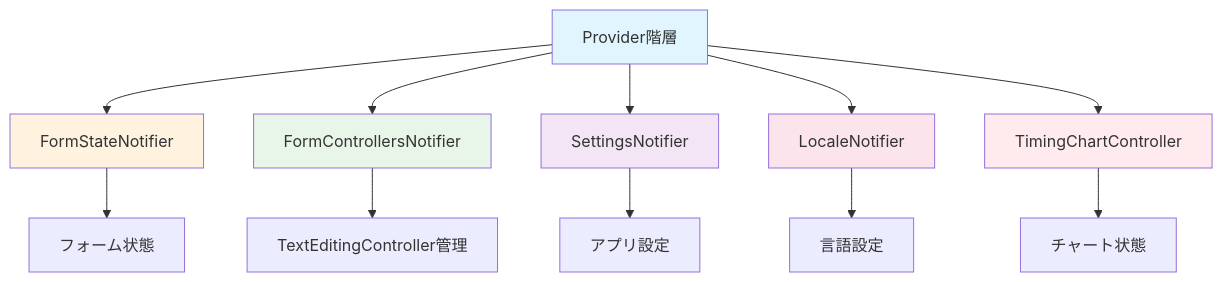
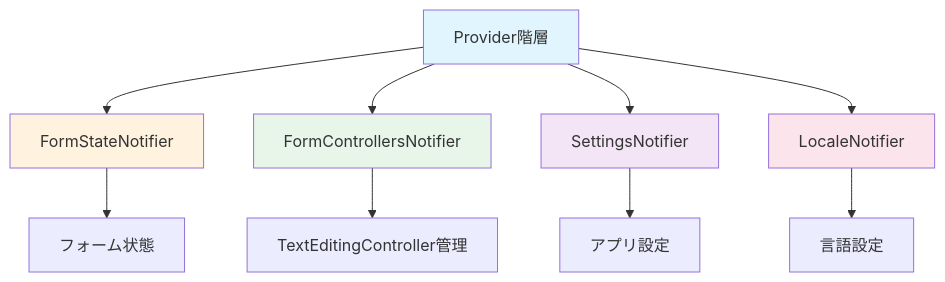
One commit to visco-ysugimoto/TimingChart changed the first of 2 diagrams in widgets_flowcharts/data_flow/state_management.md. Above: the diagram before and after it, drawn with Mermaid. The commit also changed other lines of this file and 35 other files, not shown here.

Commit message:
Update timing chart editing and flowchart docs

````diff
--- a/widgets_flowcharts/data_flow/state_management.md
+++ b/widgets_flowcharts/data_flow/state_management.md
@@ -7,21 +7,19 @@
 ```mermaid
 flowchart TD
     A[Provider階層] --> B[FormStateNotifier]
     A --> C[FormControllersNotifier]
     A --> D[SettingsNotifier]
     A --> E[LocaleNotifier]
-    A --> F[TimingChartController]
     
     B --> G[フォーム状態]
     C --> H[TextEditingController管理]
     D --> I[アプリ設定]
     E --> J[言語設定]
-    F --> K[チャート状態]
+    %% TimingChartController は Provider ではなく HomePage で保持して子へ渡す
     
     style A fill:#e1f5ff
     style B fill:#fff3e0
     style C fill:#e8f5e9
     style D fill:#f3e5f5
     style E fill:#fce4ec
-    style F fill:#ffebee
 ```
````
